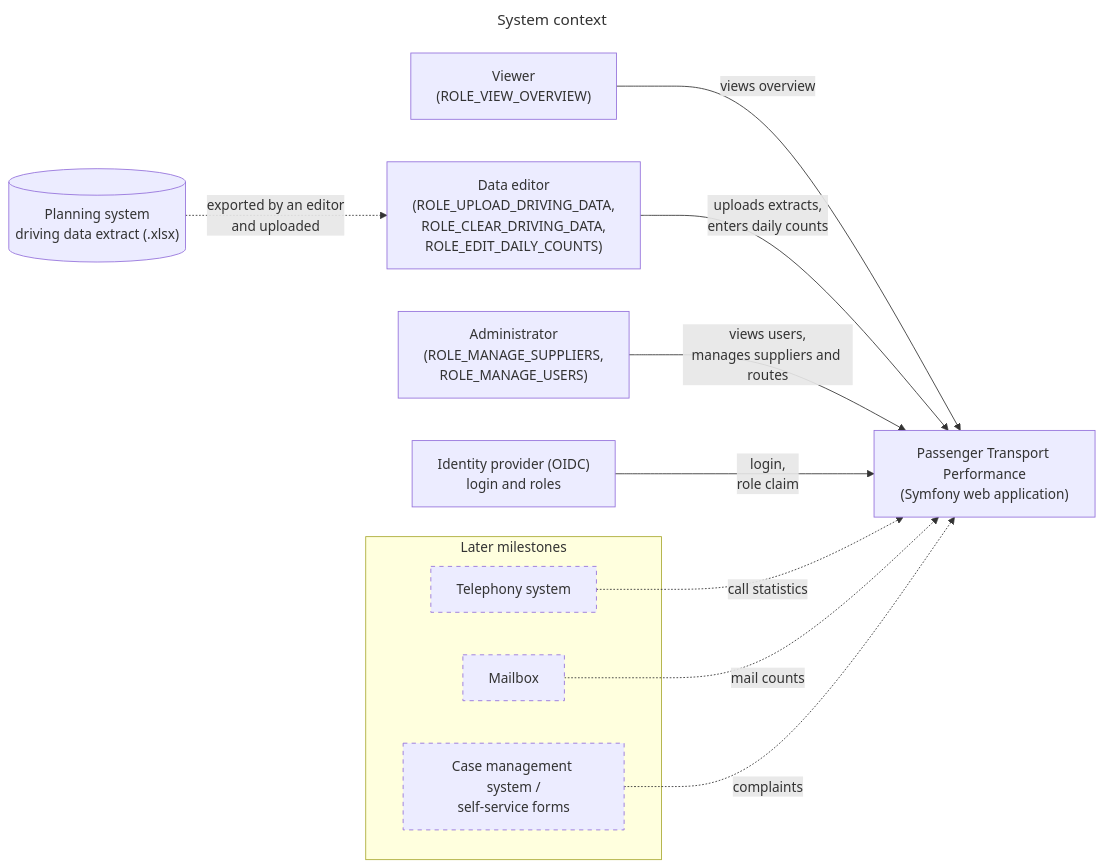
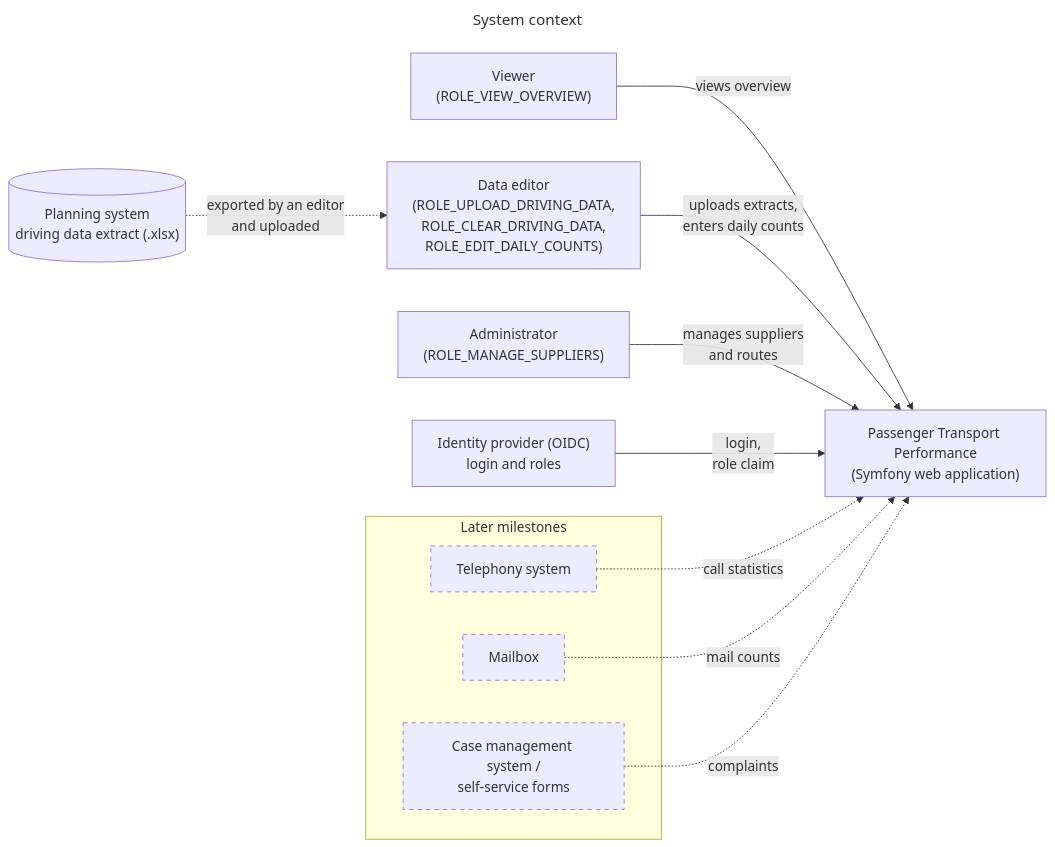
Before and after one commit to itk-dev/koerselsoverblik: the diagram in docs/diagrams/context.mmd, drawn with Mermaid. The commit also changed 13 other files, not shown here.

```diff
--- a/docs/diagrams/context.mmd
+++ b/docs/diagrams/context.mmd
@@ -1,31 +1,31 @@
 ---
 title: System context
 ---
 flowchart LR
     user["Viewer<br/>(ROLE_VIEW_OVERVIEW)"]
     editor["Data editor<br/>(ROLE_UPLOAD_DRIVING_DATA,<br/>ROLE_CLEAR_DRIVING_DATA,<br/>ROLE_EDIT_DAILY_COUNTS)"]
-    admin["Administrator<br/>(ROLE_MANAGE_SUPPLIERS,<br/>ROLE_MANAGE_USERS)"]
+    admin["Administrator<br/>(ROLE_MANAGE_SUPPLIERS)"]
 
     app["Passenger Transport Performance<br/>(Symfony web application)"]
 
     planning[("Planning system<br/>driving data extract (.xlsx)")]
     idp["Identity provider (OIDC)<br/>login and roles"]
 
     subgraph later["Later milestones"]
         telephony["Telephony system"]
         mailbox["Mailbox"]
         cases["Case management system /<br/>self-service forms"]
     end
 
     user -- "views overview" --> app
     editor -- "uploads extracts,<br/>enters daily counts" --> app
-    admin -- "views users,<br/>manages suppliers and routes" --> app
+    admin -- "manages suppliers<br/>and routes" --> app
     planning -. "exported by an editor<br/>and uploaded" .-> editor
     idp -- "login,<br/>role claim" --> app
 
     telephony -. "call statistics" .-> app
     mailbox -. "mail counts" .-> app
     cases -. "complaints" .-> app
 
     classDef future stroke-dasharray: 5 5
     class telephony,mailbox,cases future
```
